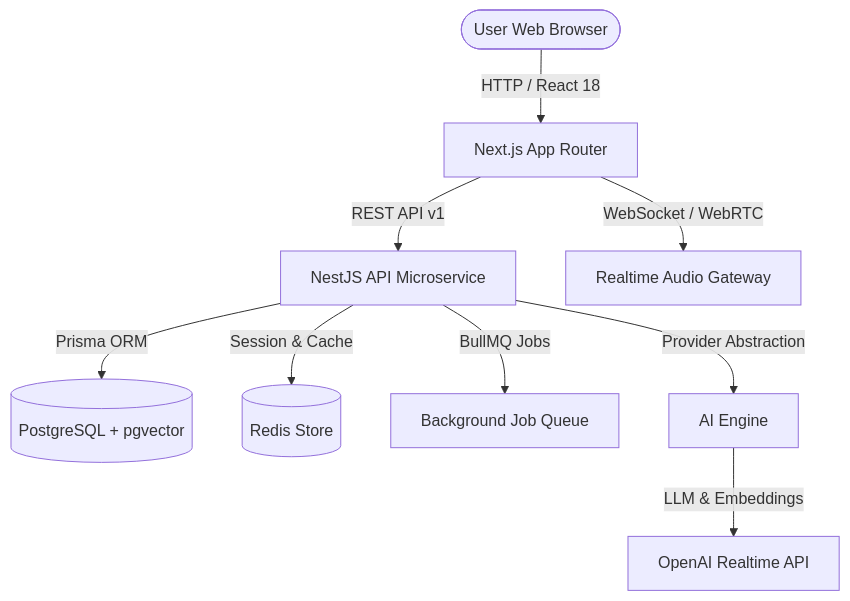
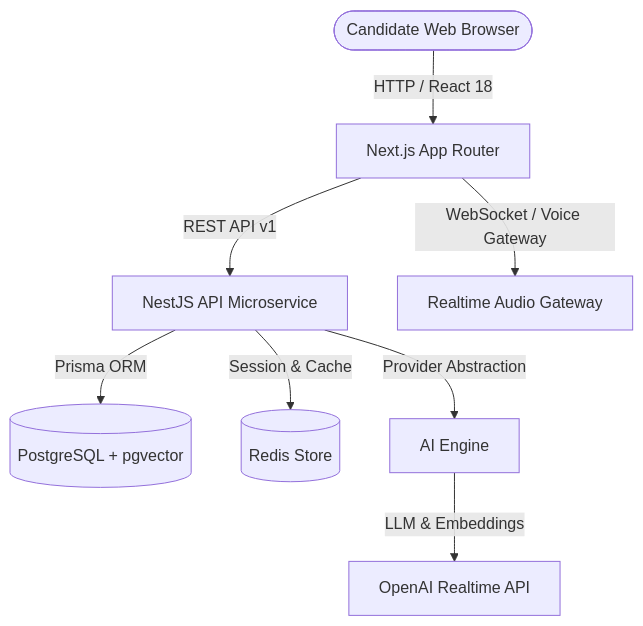
Before and after one commit to MOhdanas001/AI-Interview-Coach: the diagram in README.md, drawn with Mermaid. The commit also changed other lines of this file and 27 other files, not shown here.

Commit message:
feat: implement voice gateway and analytics dashboard with supporting backend modules

````diff
--- a/README.md
+++ b/README.md
@@ -32,13 +32,12 @@
 ```mermaid
 graph TD
-    User([User Web Browser]) -->|HTTP / React 18| WebApp[Next.js App Router]
+    User([Candidate Web Browser]) -->|HTTP / React 18| WebApp[Next.js App Router]
     WebApp -->|REST API v1| ApiServer[NestJS API Microservice]
-    WebApp -->|WebSocket / WebRTC| VoiceGateway[Realtime Audio Gateway]
+    WebApp -->|WebSocket / Voice Gateway| VoiceGateway[Realtime Audio Gateway]
     
     ApiServer -->|Prisma ORM| PostgresDB[(PostgreSQL + pgvector)]
     ApiServer -->|Session & Cache| RedisCache[(Redis Store)]
-    ApiServer -->|BullMQ Jobs| WorkerQueue[Background Job Queue]
     
     ApiServer -->|Provider Abstraction| AIService[AI Engine]
     AIService -->|LLM & Embeddings| OpenAI[OpenAI Realtime API]
 ```
````
